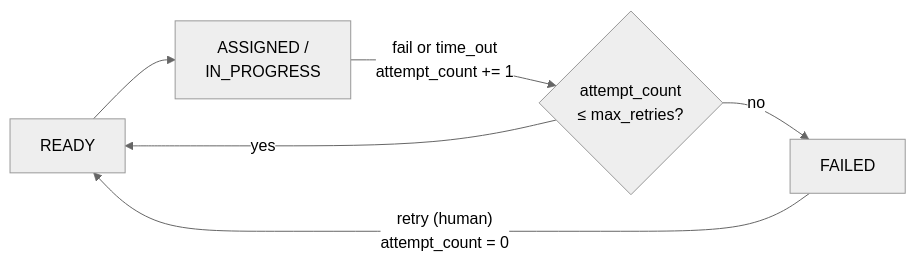
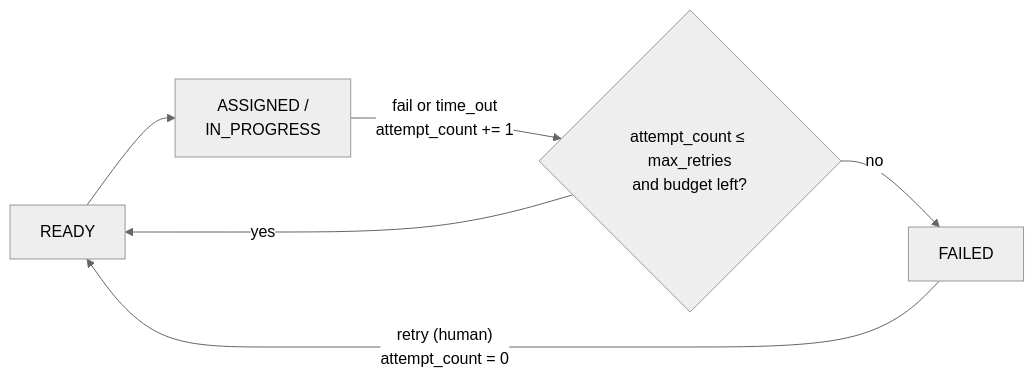
The fourth of 9 diagrams in docs/guide/03-state-machines.md (bharathcmbox/axiom), drawn with Mermaid (neutral theme) before and after one commit. The commit also changed other lines of this file and 15 other files, not shown here.

````diff
--- a/docs/guide/03-state-machines.md
+++ b/docs/guide/03-state-machines.md
@@ -100,8 +100,8 @@
 ```mermaid
 flowchart LR
     R[READY] --> W["ASSIGNED /<br/>IN_PROGRESS"]
-    W -->|"fail or time_out<br/>attempt_count += 1"| C{"attempt_count<br/>≤ max_retries?"}
+    W -->|"fail or time_out<br/>attempt_count += 1"| C{"attempt_count ≤ max_retries<br/>and budget left?"}
     C -->|yes| R
     C -->|no| F[FAILED]
     F -->|"retry (human)<br/>attempt_count = 0"| R
 ```
````
